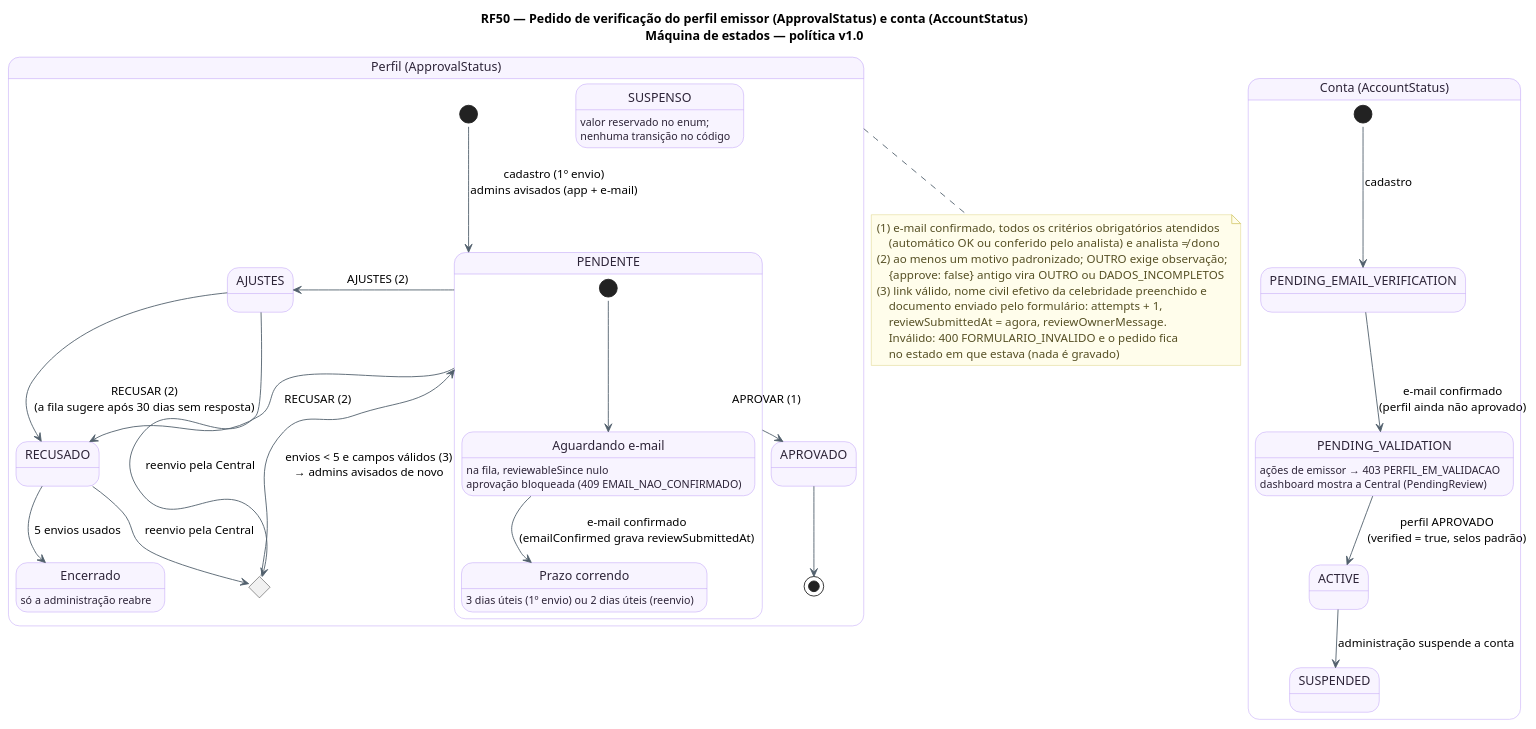
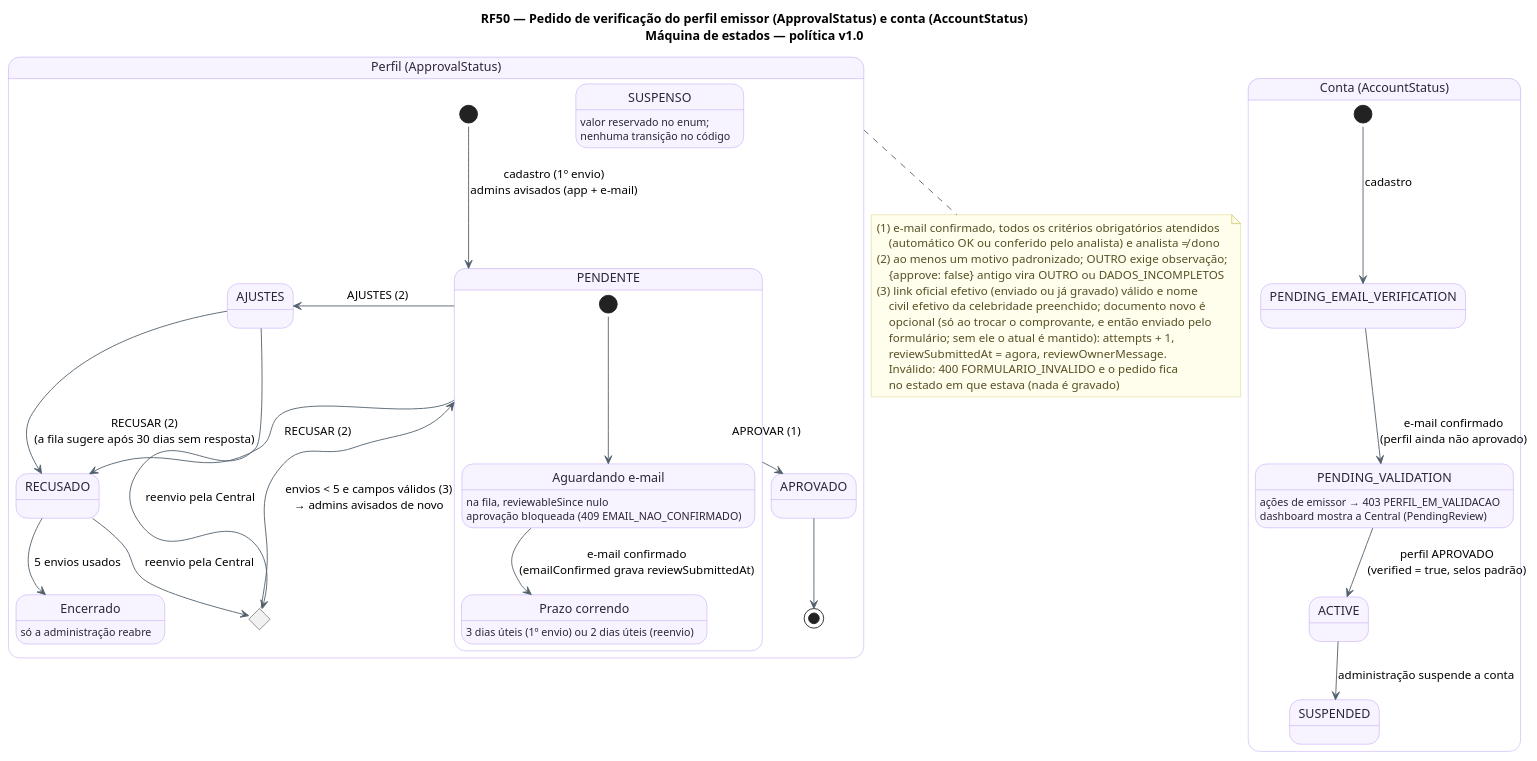
One commit to MatheusHaliski/tcc-2026-fashion-ai-backend changed the diagram in docs/diagramas/RF50/RF50-maquinadeestados-verificacao.puml. Above: the diagram before and after it, drawn with PlantUML. The commit also changed 5 other files, not shown here.

```diff
--- a/docs/diagramas/RF50/RF50-maquinadeestados-verificacao.puml
+++ b/docs/diagramas/RF50/RF50-maquinadeestados-verificacao.puml
@@ -1,66 +1,68 @@
 @startuml RF50_MaquinaDeEstados_Verificacao
 !pragma layout smetana
 title RF50 — Pedido de verificação do perfil emissor (ApprovalStatus) e conta (AccountStatus)\nMáquina de estados — política v1.0
 skinparam backgroundColor #FFFFFF
 skinparam state {
   BackgroundColor #F8F4FF
   BorderColor #B695F5
   FontColor #2D2438
   ArrowColor #52606D
 }
 skinparam note {
   BackgroundColor #FFFDEB
   BorderColor #D8CE78
   FontColor #554F24
 }
 state "Perfil (ApprovalStatus)" as Perfil {
   [*] --> PENDENTE : cadastro (1º envio)\nadmins avisados (app + e-mail)
   state PENDENTE {
     state "Aguardando e-mail" as AguardandoEmail
     state "Prazo correndo" as Prazo
     [*] --> AguardandoEmail
     AguardandoEmail : na fila, reviewableSince nulo
     AguardandoEmail : aprovação bloqueada (409 EMAIL_NAO_CONFIRMADO)
     AguardandoEmail --> Prazo : e-mail confirmado\n(emailConfirmed grava reviewSubmittedAt)
     Prazo : 3 dias úteis (1º envio) ou 2 dias úteis (reenvio)
   }
   PENDENTE --> APROVADO : APROVAR (1)
   PENDENTE --> AJUSTES : AJUSTES (2)
   PENDENTE --> RECUSADO : RECUSAR (2)
   AJUSTES --> RECUSADO : RECUSAR (2)\n(a fila sugere após 30 dias sem resposta)
   state Reenvio <<choice>>
   AJUSTES --> Reenvio : reenvio pela Central
   RECUSADO --> Reenvio : reenvio pela Central
   Reenvio --> PENDENTE : envios < 5 e campos válidos (3)\n→ admins avisados de novo
   RECUSADO --> Encerrado : 5 envios usados
   state "Encerrado" as Encerrado
   Encerrado : só a administração reabre
   state SUSPENSO
   SUSPENSO : valor reservado no enum;
   SUSPENSO : nenhuma transição no código
   APROVADO --> [*]
 }
 state "Conta (AccountStatus)" as Conta {
   state PENDING_EMAIL_VERIFICATION
   state PENDING_VALIDATION
   state ACTIVE
   state SUSPENDED
   [*] --> PENDING_EMAIL_VERIFICATION : cadastro
   PENDING_EMAIL_VERIFICATION --> PENDING_VALIDATION : e-mail confirmado\n(perfil ainda não aprovado)
   PENDING_VALIDATION --> ACTIVE : perfil APROVADO\n(verified = true, selos padrão)
   ACTIVE --> SUSPENDED : administração suspende a conta
   PENDING_VALIDATION : ações de emissor → 403 PERFIL_EM_VALIDACAO
   PENDING_VALIDATION : dashboard mostra a Central (PendingReview)
 }
 note bottom of Perfil
 (1) e-mail confirmado, todos os critérios obrigatórios atendidos
     (automático OK ou conferido pelo analista) e analista ≠ dono
 (2) ao menos um motivo padronizado; OUTRO exige observação;
     {approve: false} antigo vira OUTRO ou DADOS_INCOMPLETOS
-(3) link válido, nome civil efetivo da celebridade preenchido e
-    documento enviado pelo formulário: attempts + 1,
+(3) link oficial efetivo (enviado ou já gravado) válido e nome
+    civil efetivo da celebridade preenchido; documento novo é
+    opcional (só ao trocar o comprovante, e então enviado pelo
+    formulário; sem ele o atual é mantido): attempts + 1,
     reviewSubmittedAt = agora, reviewOwnerMessage.
     Inválido: 400 FORMULARIO_INVALIDO e o pedido fica
     no estado em que estava (nada é gravado)
 end note
 @enduml
```
